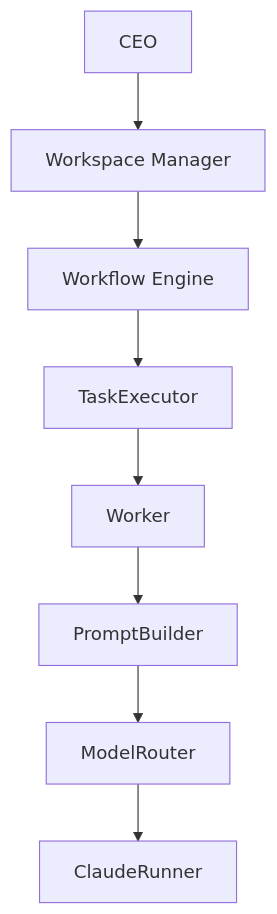
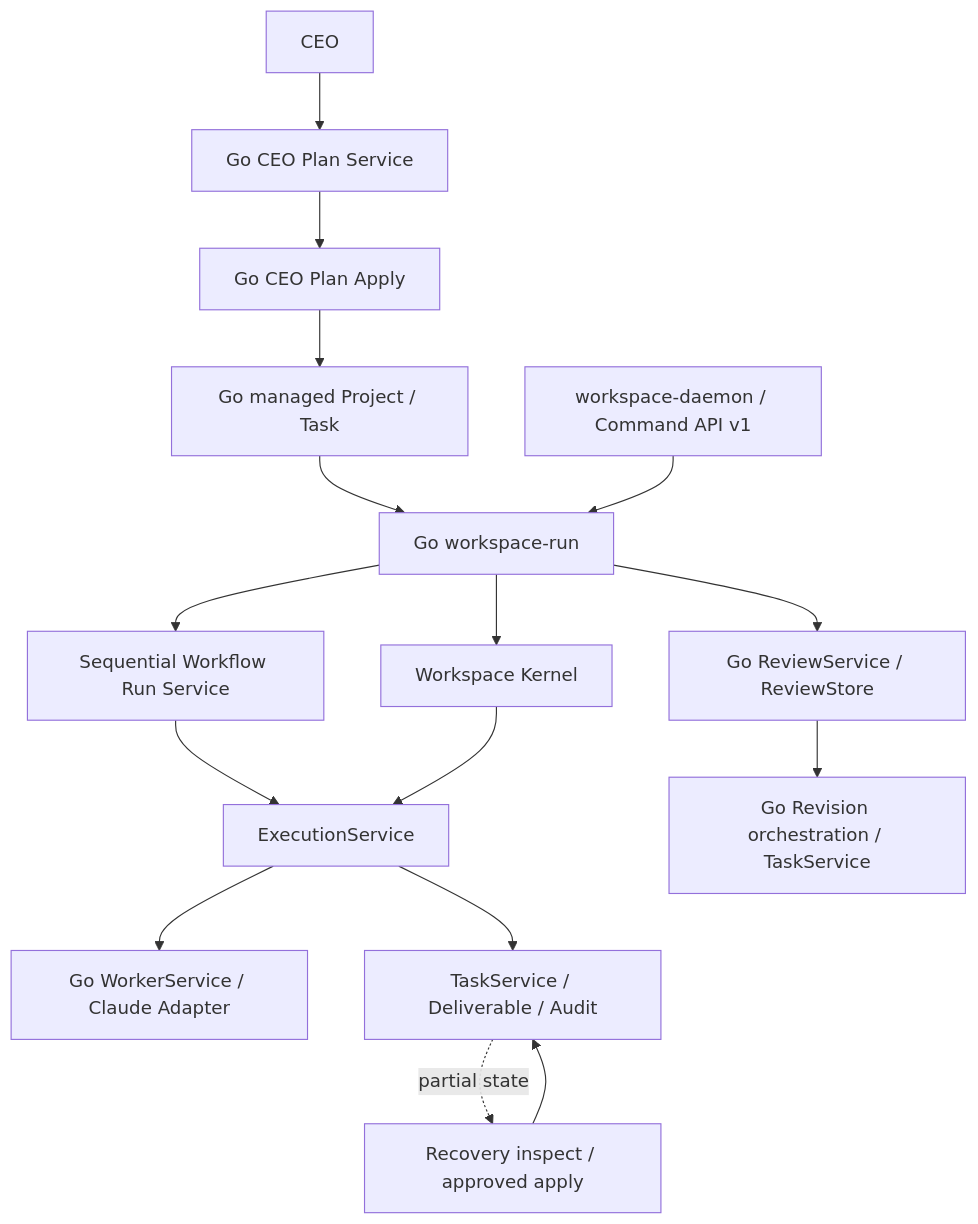
One commit to AkiraShimizu0/WorkCairn changed the diagram in docs/Architecture.md. Above: the diagram before and after it, drawn with Mermaid. The commit also changed other lines of this file and 217 other files, not shown here.

````diff
--- a/docs/Architecture.md
+++ b/docs/Architecture.md
@@ -7,10 +9,18 @@
 ```mermaid
 flowchart TD
-    CEO["CEO"] --> Manager["Workspace Manager"]
-    Manager --> Workflow["Workflow Engine"]
-    Workflow --> Executor["TaskExecutor"]
-    Executor --> Worker["Worker"]
-    Worker --> Prompt["PromptBuilder"]
-    Prompt --> Router["ModelRouter"]
-    Router --> Claude["ClaudeRunner"]
+    CEO["CEO"] --> Plan["Go CEO Plan Service"]
+    Plan --> Apply["Go CEO Plan Apply"]
+    Apply --> Workflow["Go managed Project / Task"]
+    Workflow --> Run["Go workspace-run"]
+    API["workspace-daemon / Command API v1"] --> Run
+    Run --> WorkflowRun["Sequential Workflow Run Service"]
+    WorkflowRun --> Execution
+    Run --> Kernel["Workspace Kernel"]
+    Kernel --> Execution["ExecutionService"]
+    Execution --> GoWorker["Go WorkerService / Claude Adapter"]
+    Execution --> Task["TaskService / Deliverable / Audit"]
+    Task -. partial state .-> Recovery["Recovery inspect / approved apply"]
+    Recovery --> Task
+    Run --> Review["Go ReviewService / ReviewStore"]
+    Review --> Revision["Go Revision orchestration / TaskService"]
 ```
````
